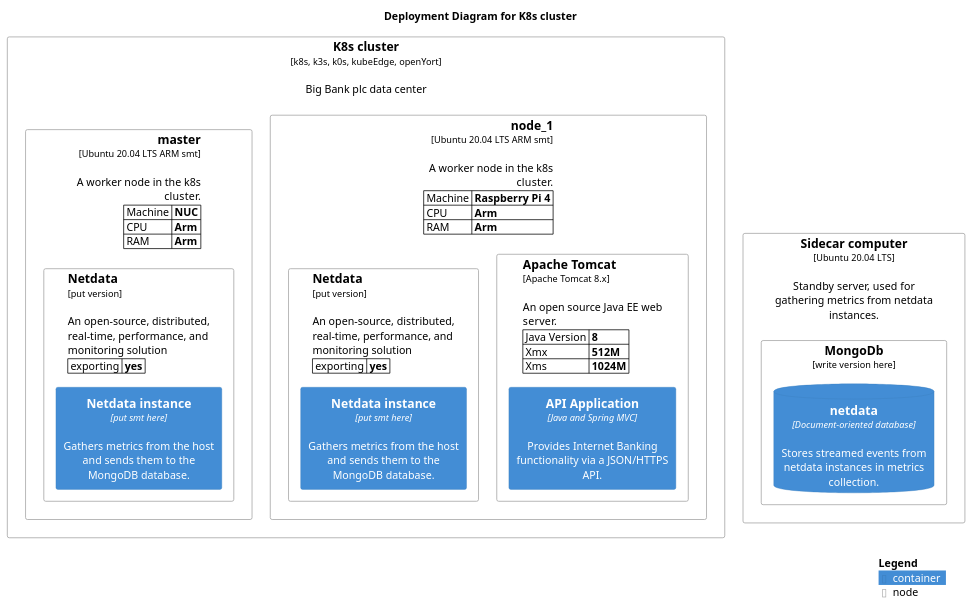
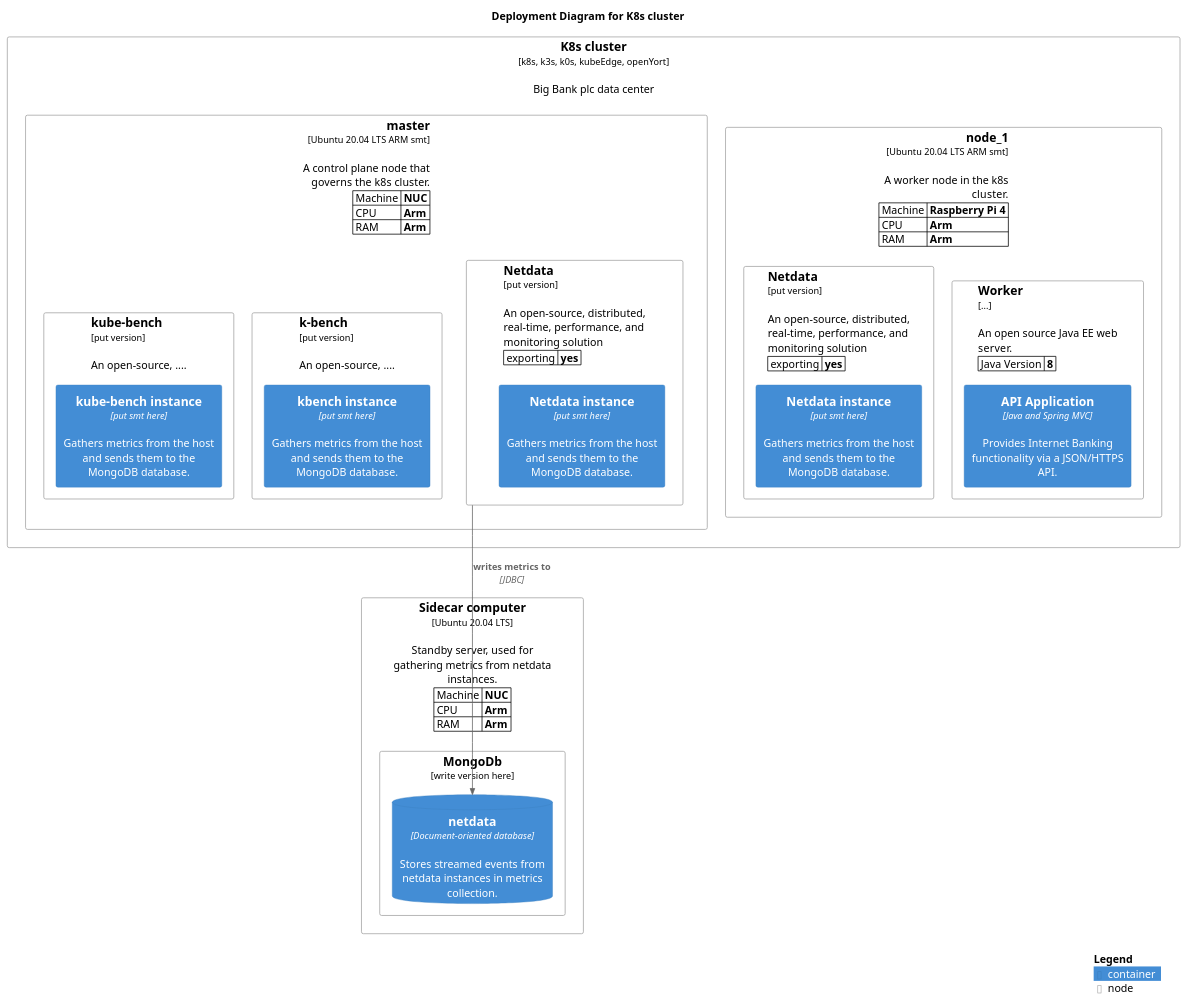
One commit to DiyazY/iot-edge changed the diagram in src/diagrams/deployment_diagram.puml. Above: the diagram before and after it, drawn with PlantUML.

Commit message:
for some reason grahpviz stopped working on my mac

```diff
--- a/src/diagrams/deployment_diagram.puml
+++ b/src/diagrams/deployment_diagram.puml
@@ -1,64 +1,74 @@
 @startuml
   !include https://raw.githubusercontent.com/plantuml-stdlib/C4-PlantUML/master/C4_Deployment.puml
 
 AddElementTag("fallback", $bgColor="#c0c0c0")
 AddRelTag("fallback", $textColor="#c0c0c0", $lineColor="#438DD5")
 
 WithoutPropertyHeader()
 
 ' calculated legend is used (activated in last line)
 ' LAYOUT_WITH_LEGEND()
 
 title Deployment Diagram for K8s cluster
 
 Deployment_Node(plc, "K8s cluster", "k8s, k3s, k0s, kubeEdge, openYort", "Big Bank plc data center"){
     AddProperty("Machine", "Raspberry Pi 4")
     AddProperty("CPU", "Arm")
     AddProperty("RAM", "Arm")
     Deployment_Node_R(node_1, "node_1", "Ubuntu 20.04 LTS ARM smt", "A worker node in the k8s cluster."){
         AddProperty("Java Version", "8")
-        AddProperty("Xmx", "512M")
-        AddProperty("Xms", "1024M")
-        Deployment_Node_L(apache, "Apache Tomcat", "Apache Tomcat 8.x", "An open source Java EE web server."){
+        Deployment_Node_L(worker, "Worker", "...", "An open source Java EE web server."){
             Container(api, "API Application", "Java and Spring MVC", "Provides Internet Banking functionality via a JSON/HTTPS API.")
         }
 
         ' add more properties to the node
         AddProperty("exporting", "yes")
         Deployment_Node_L(netdata_node_1, "Netdata", "put version", "An open-source, distributed, real-time, performance, and monitoring solution"){
             Container(netdata_1, "Netdata instance", "put smt here", "Gathers metrics from the host and sends them to the MongoDB database.")
         }
     }
 
     AddProperty("Machine", "NUC")
     AddProperty("CPU", "Arm")
     AddProperty("RAM", "Arm")
-    Deployment_Node_R(master, "master", "Ubuntu 20.04 LTS ARM smt", "A worker node in the k8s cluster."){
+    Deployment_Node_R(master, "master", "Ubuntu 20.04 LTS ARM smt", "A control plane node that governs the k8s cluster."){
         ' AddProperty("Java Version", "8")
         ' AddProperty("Xmx", "512M")
         ' AddProperty("Xms", "1024M")
         ' Deployment_Node_L(apache, "Apache Tomcat", "Apache Tomcat 8.x", "An open source Java EE web server."){
         '     Container(api, "API Application", "Java and Spring MVC", "Provides Internet Banking functionality via a JSON/HTTPS API.")
         ' }
 
         ' add more properties to the node
         AddProperty("exporting", "yes")
         Deployment_Node_L(netdata_master, "Netdata", "put version", "An open-source, distributed, real-time, performance, and monitoring solution"){
             Container(netdata_2, "Netdata instance", "put smt here", "Gathers metrics from the host and sends them to the MongoDB database.")
         }
+
+        Deployment_Node_L(kbench_master, "k-bench", "put version", "An open-source, ...."){
+            Container(kbench, "kbench instance", "put smt here", "Gathers metrics from the host and sends them to the MongoDB database.")
+        }
+
+        Deployment_Node_L(kubebench_master, "kube-bench", "put version", "An open-source, ...."){
+            Container(kubebench, "kube-bench instance", "put smt here", "Gathers metrics from the host and sends them to the MongoDB database.")
+        }
     }
     
 }
 
+AddProperty("Machine", "NUC")
+AddProperty("CPU", "Arm")
+AddProperty("RAM", "Arm")
 Deployment_Node(comp, "Sidecar computer", "Ubuntu 20.04 LTS", "Standby server, used for gathering metrics from netdata instances."){
     Deployment_Node(mongodb, "MongoDb", "write version here"){
         ContainerDb(mongodb1, "netdata", "Document-oriented database", "Stores streamed events from netdata instances in metrics collection.")
     }
 }
 
-' Rel(api, db, "Reads from and writes to", "JDBC")
+Rel(netdata_master, mongodb1, "writes metrics to", "JDBC")
 ' Rel(api, db2, "Reads from and writes to", "JDBC", $tags="fallback")
 ' Rel_R(db, db2, "Replicates data to")
 
 SHOW_LEGEND()
+
 @enduml
```
